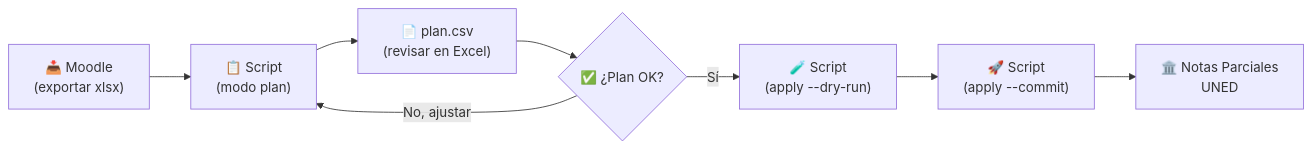
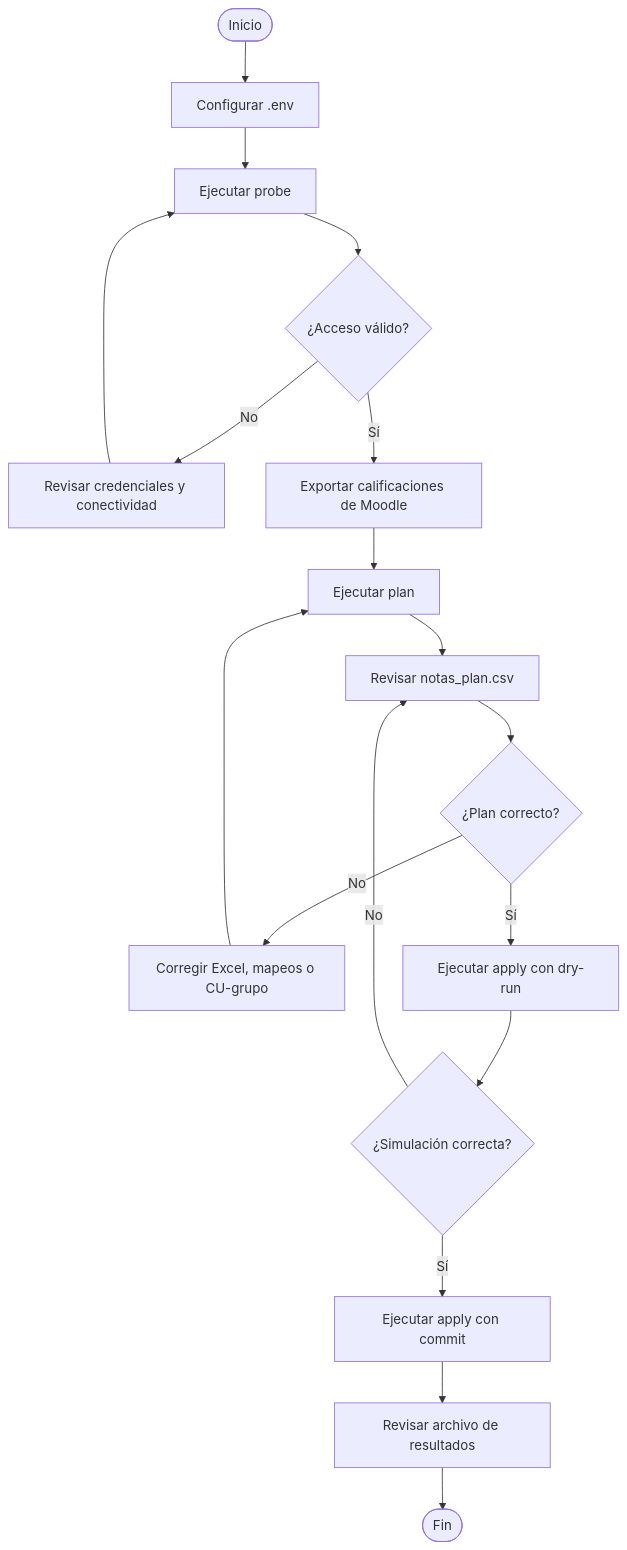
One commit to chhdeza/grade-uploader changed the fifth of 7 diagrams in README.md. Above: the diagram before and after it, drawn with Mermaid. The commit also changed other lines of this file and 4 other files, not shown here.

````diff
--- a/README.md
+++ b/README.md
@@ -40,10 +325,20 @@
 ```mermaid
-flowchart LR
-    A["📥 Moodle\n(exportar xlsx)"] --> B["📋 Script\n(modo plan)"]
-    B --> C["📄 plan.csv\n(revisar en Excel)"]
-    C --> D{"✅ ¿Plan OK?"}
-    D -- Sí --> E["🧪 Script\n(apply --dry-run)"]
-    E --> F["🚀 Script\n(apply --commit)"]
-    F --> G["🏛️ Notas Parciales\nUNED"]
-    D -- "No, ajustar" --> B
+flowchart TD
+    A([Inicio]) --> B[Configurar .env]
+    B --> C[Ejecutar probe]
+    C --> D{¿Acceso válido?}
+    D -->|No| E[Revisar credenciales y conectividad]
+    E --> C
+    D -->|Sí| F[Exportar calificaciones de Moodle]
+    F --> G[Ejecutar plan]
+    G --> H[Revisar notas_plan.csv]
+    H --> I{¿Plan correcto?}
+    I -->|No| J[Corregir Excel, mapeos o CU-grupo]
+    J --> G
+    I -->|Sí| K[Ejecutar apply con dry-run]
+    K --> L{¿Simulación correcta?}
+    L -->|No| H
+    L -->|Sí| M[Ejecutar apply con commit]
+    M --> N[Revisar archivo de resultados]
+    N --> O([Fin])
 ```
````
